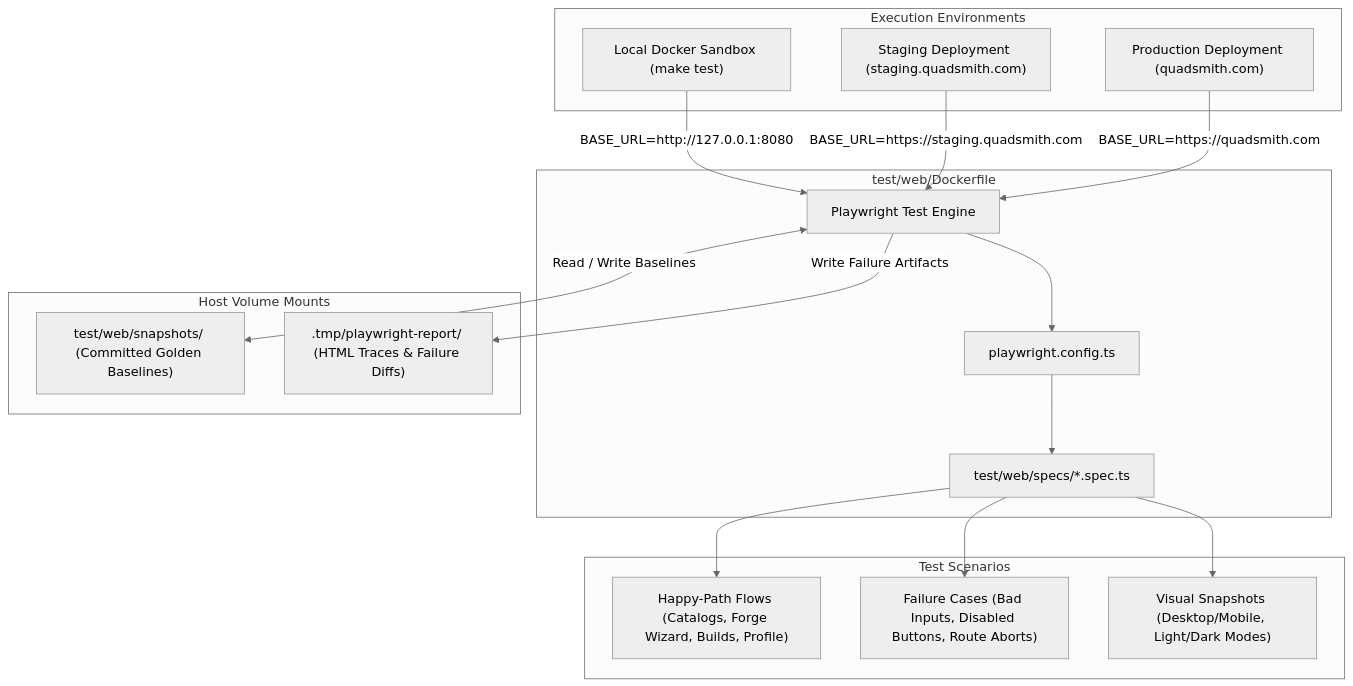
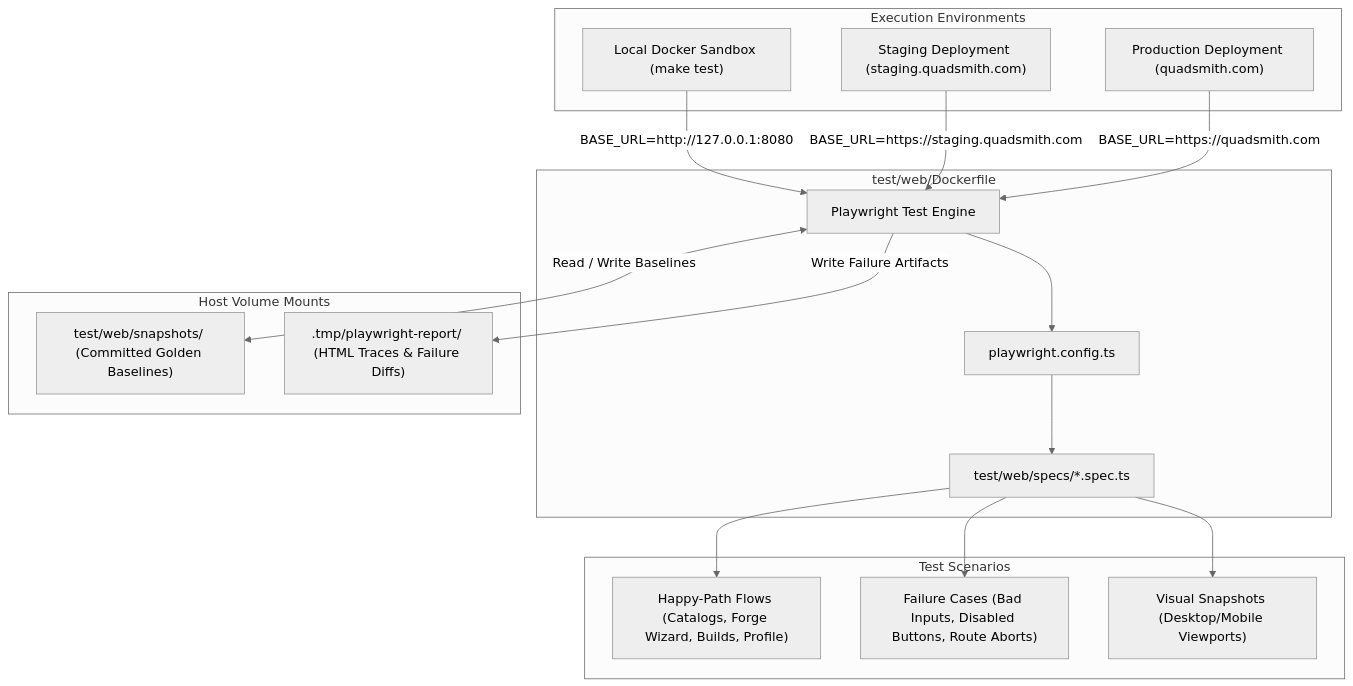
Before and after one commit to rohitramu/quadsmith: the diagram in plans/e2e_and_visual_regression_testing.md, drawn with Mermaid (neutral theme). The commit also changed other lines of this file and 247 other files, not shown here.

First line of the commit message:
Remove light theme and keep only dark theme across web app and tests

````diff
--- a/plans/e2e_and_visual_regression_testing.md
+++ b/plans/e2e_and_visual_regression_testing.md
@@ -68,37 +67,37 @@
 ```mermaid
 flowchart TD
     subgraph Execution Environments
         LocalSandbox["Local Docker Sandbox (make test)"]
         Staging["Staging Deployment (staging.quadsmith.com)"]
         Prod["Production Deployment (quadsmith.com)"]
     end
 
     subgraph Playwright Container Runner [test/web/Dockerfile]
         PW["Playwright Test Engine"]
         Config["playwright.config.ts"]
         Specs["test/web/specs/*.spec.ts"]
         PW --> Config
         Config --> Specs
     end
 
     subgraph Host Volume Mounts
         Snapshots["test/web/snapshots/ (Committed Golden Baselines)"]
         Reports[".tmp/playwright-report/ (HTML Traces & Failure Diffs)"]
     end
 
     LocalSandbox -->|BASE_URL=http://127.0.0.1:8080| PW
     Staging -->|BASE_URL=https://staging.quadsmith.com| PW
     Prod -->|BASE_URL=https://quadsmith.com| PW
 
     PW <-->|Read / Write Baselines| Snapshots
     PW -->|Write Failure Artifacts| Reports
 
     subgraph Test Scenarios
         HappyPath["Happy-Path Flows (Catalogs, Forge Wizard, Builds, Profile)"]
         NegativeCases["Failure Cases (Bad Inputs, Disabled Buttons, Route Aborts)"]
-        VisualBaselines["Visual Snapshots (Desktop/Mobile, Light/Dark Modes)"]
+        VisualBaselines["Visual Snapshots (Desktop/Mobile Viewports)"]
         Specs --> HappyPath
         Specs --> NegativeCases
         Specs --> VisualBaselines
     end
 ```
````
